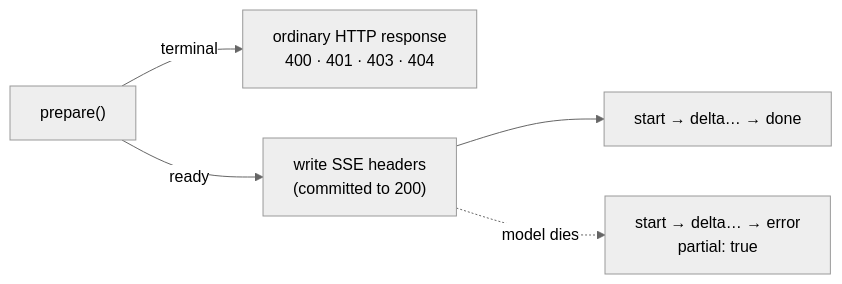
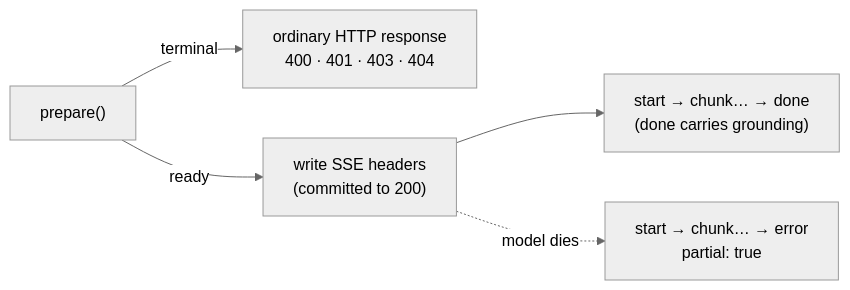
One commit to abhishek21lift-oss/mps-ai changed the third of 7 diagrams in docs/ARCHITECTURE.md. Above: the diagram before and after it, drawn with Mermaid (neutral theme). The commit also changed other lines of this file and 5 other files, not shown here.

````diff
--- a/docs/ARCHITECTURE.md
+++ b/docs/ARCHITECTURE.md
@@ -82,7 +83,7 @@
 ```mermaid
 flowchart LR
   P["prepare()"] -->|"terminal"| H["ordinary HTTP response<br/>400 · 401 · 403 · 404"]
   P -->|"ready"| S["write SSE headers<br/>(committed to 200)"]
-  S --> E["start → delta… → done"]
-  S -.->|"model dies"| ER["start → delta… → error<br/>partial: true"]
+  S --> E["start → chunk… → done<br/>(done carries grounding)"]
+  S -.->|"model dies"| ER["start → chunk… → error<br/>partial: true"]
 ```
````
